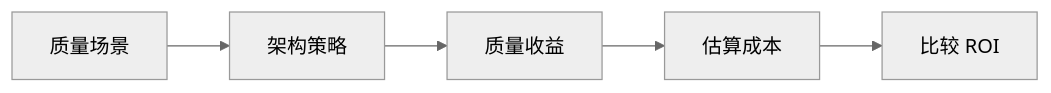
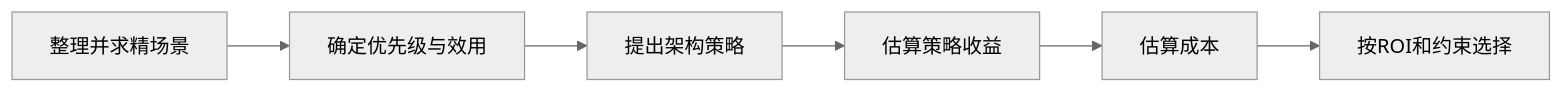
One commit to 74262195/system-architect-notes changed the diagram in 01_综合知识/04_系统质量属性与架构评估/02_架构评估/CBAM成本效益分析.md. Above: the diagram before and after it, drawn with Mermaid (neutral theme). The commit also changed other lines of this file and 25 other files, not shown here.

```diff
--- a/01_综合知识/04_系统质量属性与架构评估/02_架构评估/CBAM成本效益分析.md
+++ b/01_综合知识/04_系统质量属性与架构评估/02_架构评估/CBAM成本效益分析.md
@@ -29,7 +34,8 @@
 ~~~mermaid
 flowchart LR
-    A[质量场景] --> B[架构策略]
-    B --> C[质量收益]
-    C --> D[估算成本]
-    D --> E[比较 ROI]
+    A[整理并求精场景] --> B[确定优先级与效用]
+    B --> C[提出架构策略]
+    C --> D[估算策略收益]
+    D --> E[估算成本]
+    E --> F[按ROI和约束选择]
 ~~~
```
